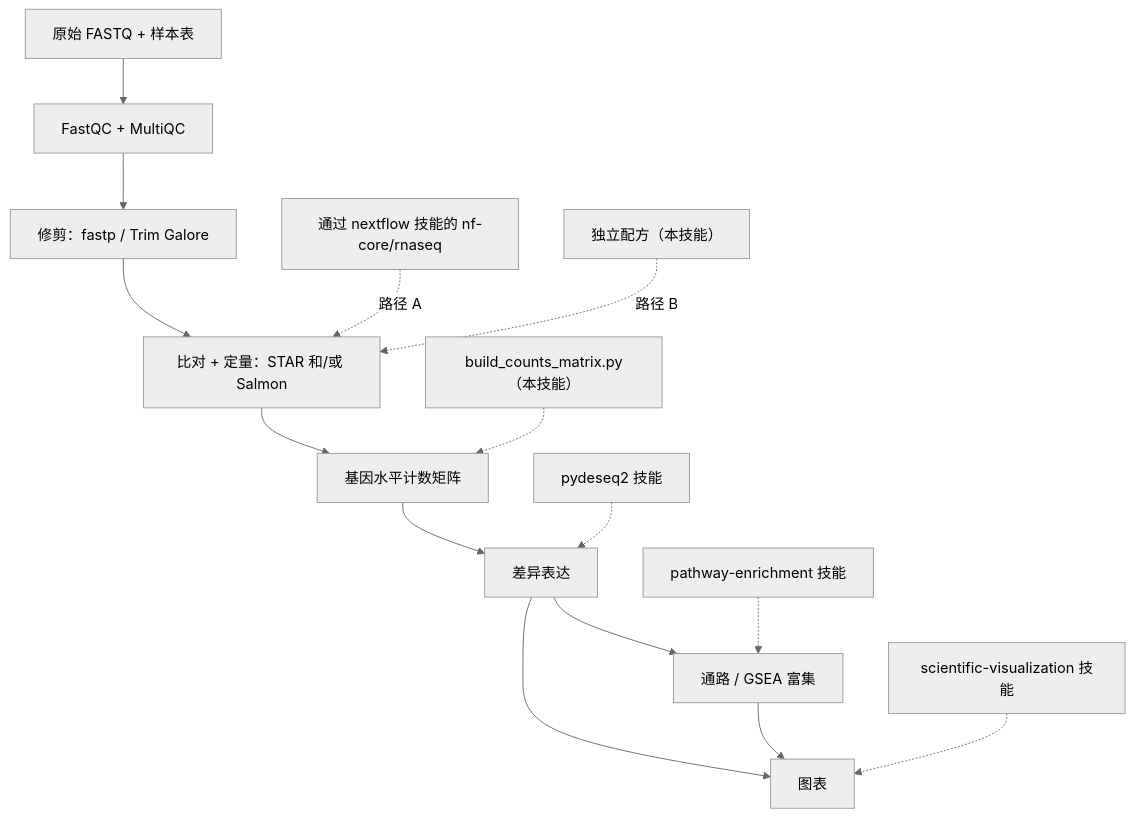
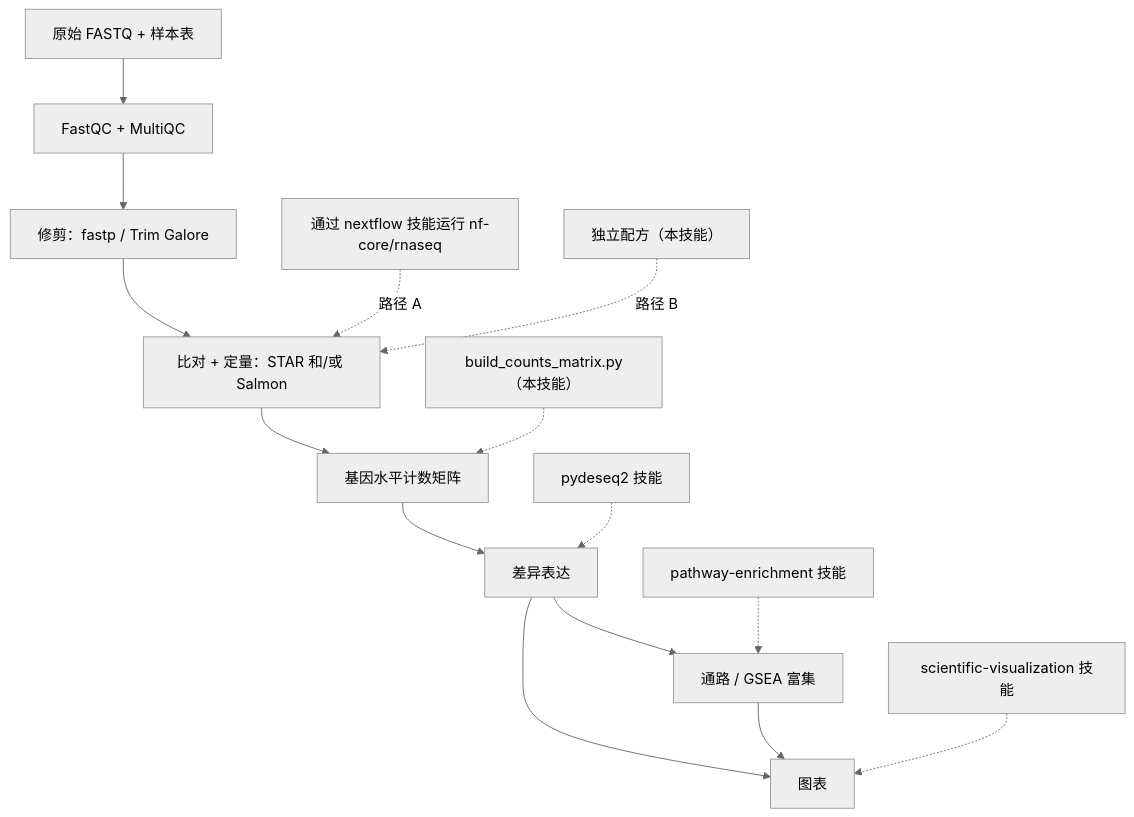
One commit to lingxling/awesome-skills-cn changed the diagram in claude-scientific-skills/skills/bulk-rnaseq/SKILL_CN.md. Above: the diagram before and after it, drawn with Mermaid (neutral theme). The commit also changed other lines of this file and 24476 other files, not shown here.

````diff
--- a/claude-scientific-skills/skills/bulk-rnaseq/SKILL_CN.md
+++ b/claude-scientific-skills/skills/bulk-rnaseq/SKILL_CN.md
@@ -39,17 +48,17 @@
 ```mermaid
 flowchart TD
     fastq["原始 FASTQ + 样本表"] --> qc["FastQC + MultiQC"]
     qc --> trim["修剪：fastp / Trim Galore"]
     trim --> align["比对 + 定量：STAR 和/或 Salmon"]
     align --> counts["基因水平计数矩阵"]
     counts --> de["差异表达"]
     de --> enrich["通路 / GSEA 富集"]
     de --> fig["图表"]
     enrich --> fig
-    nfcore["通过 nextflow 技能的 nf-core/rnaseq"] -.->|"路径 A"| align
+    nfcore["通过 nextflow 技能运行 nf-core/rnaseq"] -.->|"路径 A"| align
     manual["独立配方（本技能）"] -.->|"路径 B"| align
     bridge["build_counts_matrix.py（本技能）"] -.-> counts
     pydeseq2skill["pydeseq2 技能"] -.-> de
     pwskill["pathway-enrichment 技能"] -.-> enrich
     vizskill["scientific-visualization 技能"] -.-> fig
 ```
````
